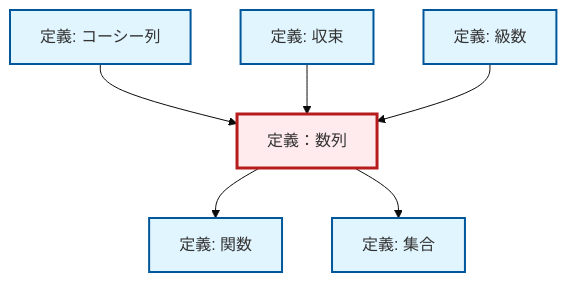
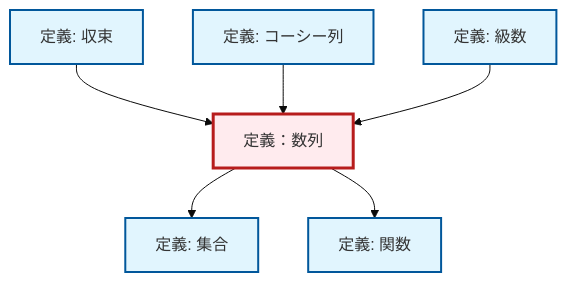
Before and after one commit to RK0429/ModernMath: the diagram in content/ja/analysis/def-sequence.qmd, drawn with Mermaid (base theme). The commit also changed other lines of this file and 1012 other files, not shown here.

````diff
--- a/content/ja/analysis/def-sequence.qmd
+++ b/content/ja/analysis/def-sequence.qmd
@@ -77,26 +77,26 @@
 ```{mermaid}
 %%| fig-cap: "Local dependency graph"
 graph TD
     classDef definition fill:#e1f5fe,stroke:#01579b,stroke-width:2px
     classDef theorem fill:#f3e5f5,stroke:#4a148c,stroke-width:2px
     classDef axiom fill:#fff3e0,stroke:#e65100,stroke-width:2px
     classDef example fill:#e8f5e9,stroke:#1b5e20,stroke-width:2px
     classDef current fill:#ffebee,stroke:#b71c1c,stroke-width:3px
     def-set["定義: 集合"]:::definition
     def-series["定義: 級数"]:::definition
     def-function["定義: 関数"]:::definition
+    def-convergence["定義: 収束"]:::definition
     def-sequence["定義：数列"]:::definition
     def-cauchy-sequence["定義: コーシー列"]:::definition
-    def-convergence["定義: 収束"]:::definition
-    def-cauchy-sequence --> def-sequence
-    def-sequence --> def-function
     def-convergence --> def-sequence
     def-sequence --> def-set
+    def-cauchy-sequence --> def-sequence
     def-series --> def-sequence
+    def-sequence --> def-function
     class def-sequence current
     click def-set "def-set.html" "集合の定義へ"
     click def-series "def-series.html" "級数の定義へ"
     click def-function "def-function.html" "関数の定義へ"
+    click def-convergence "def-convergence.html" "収束の定義へ"
     click def-cauchy-sequence "def-cauchy-sequence.html" "コーシー列の定義へ"
-    click def-convergence "def-convergence.html" "収束の定義へ"
 ```
````
